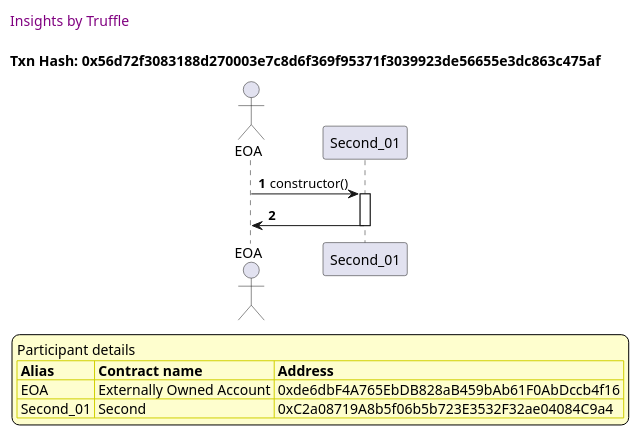
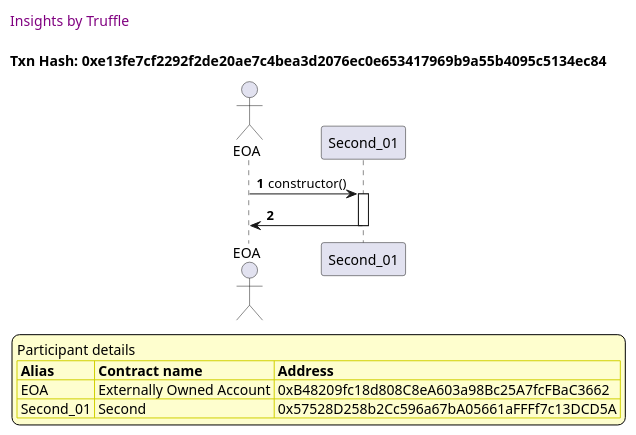
One commit to trufflesuite/txlog-seedlings changed the eighth of 8 diagrams in truffle-seq/basics.md. Above: the diagram before and after it, drawn with PlantUML. The commit also changed other lines of this file and 8 other files, not shown here.

````diff
--- a/truffle-seq/basics.md
+++ b/truffle-seq/basics.md
@@ -473,37 +473,37 @@
 ```plantuml
 
 
 @startuml
 
 autonumber
 skinparam legendBackgroundColor #FEFECE
 
 <style>
       header {
         HorizontalAlignment left
         FontColor purple
         FontSize 14
         Padding 10
       }
     </style>
 
 header Insights by Truffle
 
-title Txn Hash: 0x56d72f3083188d270003e7c8d6f369f95371f3039923de56655e3dc863c475af
+title Txn Hash: 0xe13fe7cf2292f2de20ae7c4bea3d2076ec0e653417969b9a55b4095c5134ec84
 
 
 actor EOA as "EOA"
 participant Second_01 as "Second_01"
 
 "EOA" -> "Second_01" ++: constructor()
 "Second_01" -> "EOA" --: 
 
 legend
 Participant details
 <#FEFECE,#D0D000>|= Alias |= Contract name |= Address |
-<#FEFECE>| EOA | Externally Owned Account | 0xde6dbF4A765EbDB828aB459bAb61F0AbDccb4f16 |
-<#FEFECE>| Second_01 | Second | 0xC2a08719A8b5f06b5b723E3532F32ae04084C9a4 |
+<#FEFECE>| EOA | Externally Owned Account | 0xB48209fc18d808C8eA603a98Bc25A7fcFBaC3662 |
+<#FEFECE>| Second_01 | Second | 0x57528D258b2Cc596a67bA05661aFFFf7c13DCD5A |
 endlegend
 
 @enduml
 ```
````
